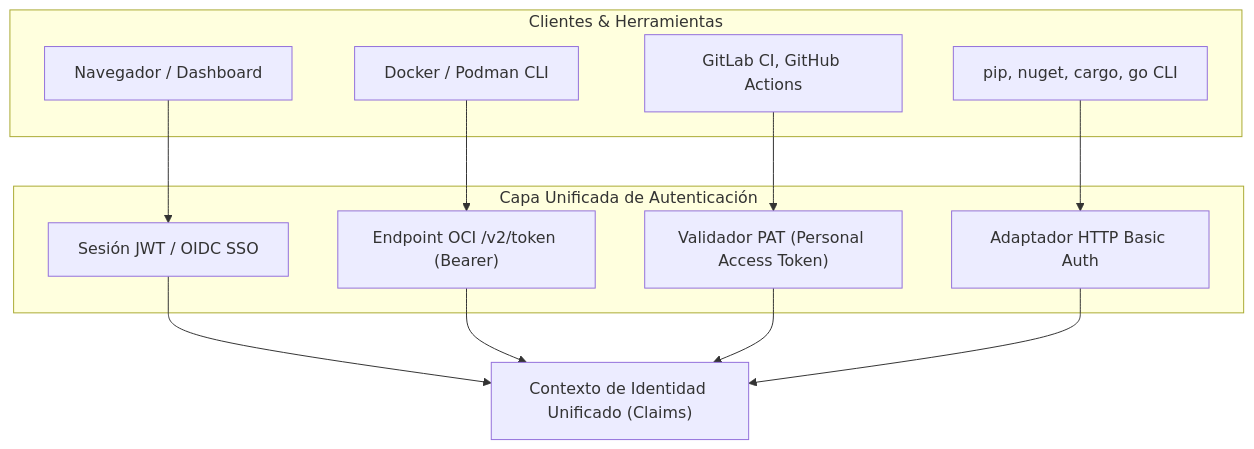
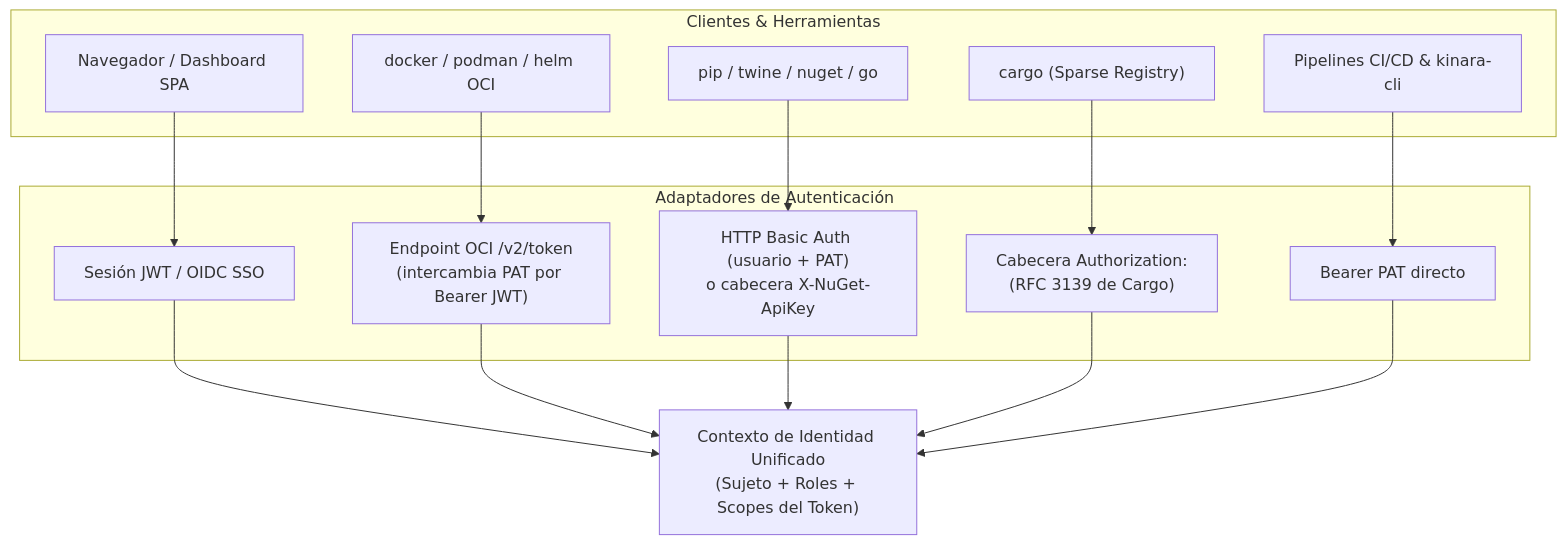
One commit to CesarAchig/Kinara-Registry changed the first of 2 diagrams in Planification/07-seguridad-autenticacion-y-acl.md. Above: the diagram before and after it, drawn with Mermaid. The commit also changed other lines of this file and 10 other files, not shown here.

````diff
--- a/Planification/07-seguridad-autenticacion-y-acl.md
+++ b/Planification/07-seguridad-autenticacion-y-acl.md
@@ -9,26 +9,30 @@
 ```mermaid
 flowchart TD
     subgraph Clientes["Clientes & Herramientas"]
-        Web[Navegador / Dashboard]
-        DockerCLI[Docker / Podman CLI]
-        PkgCLI[pip, nuget, cargo, go CLI]
-        CICD[GitLab CI, GitHub Actions]
+        Web["Navegador / Dashboard SPA"]
+        DockerCLI["docker / podman / helm OCI"]
+        BasicCLI["pip / twine / nuget / go"]
+        CargoCLI["cargo (Sparse Registry)"]
+        CICD["Pipelines CI/CD & kinara-cli"]
     end
 
-    subgraph AuthLayer["Capa Unificada de Autenticación"]
+    subgraph AuthLayer["Adaptadores de Autenticación"]
         SessionJWT["Sesión JWT / OIDC SSO"]
-        OCIToken["Endpoint OCI /v2/token (Bearer)"]
-        PATParser["Validador PAT (Personal Access Token)"]
-        BasicAuthAdapter["Adaptador HTTP Basic Auth"]
+        OCIToken["Endpoint OCI /v2/token\n(intercambia PAT por Bearer JWT)"]
+        BasicAuthAdapter["HTTP Basic Auth (usuario + PAT)\no cabecera X-NuGet-ApiKey"]
+        CargoTokenAdapter["Cabecera Authorization: <PAT>\n(RFC 3139 de Cargo)"]
+        BearerPAT["Bearer PAT directo"]
     end
 
     Web --> SessionJWT
     DockerCLI --> OCIToken
-    PkgCLI --> BasicAuthAdapter
-    CICD --> PATParser
+    BasicCLI --> BasicAuthAdapter
+    CargoCLI --> CargoTokenAdapter
+    CICD --> BearerPAT
 
-    SessionJWT --> IdentityContext["Contexto de Identidad Unificado (Claims)"]
+    SessionJWT --> IdentityContext["Contexto de Identidad Unificado\n(Sujeto + Roles + Scopes del Token)"]
     OCIToken --> IdentityContext
-    PATParser --> IdentityContext
     BasicAuthAdapter --> IdentityContext
+    CargoTokenAdapter --> IdentityContext
+    BearerPAT --> IdentityContext
 ```
````
